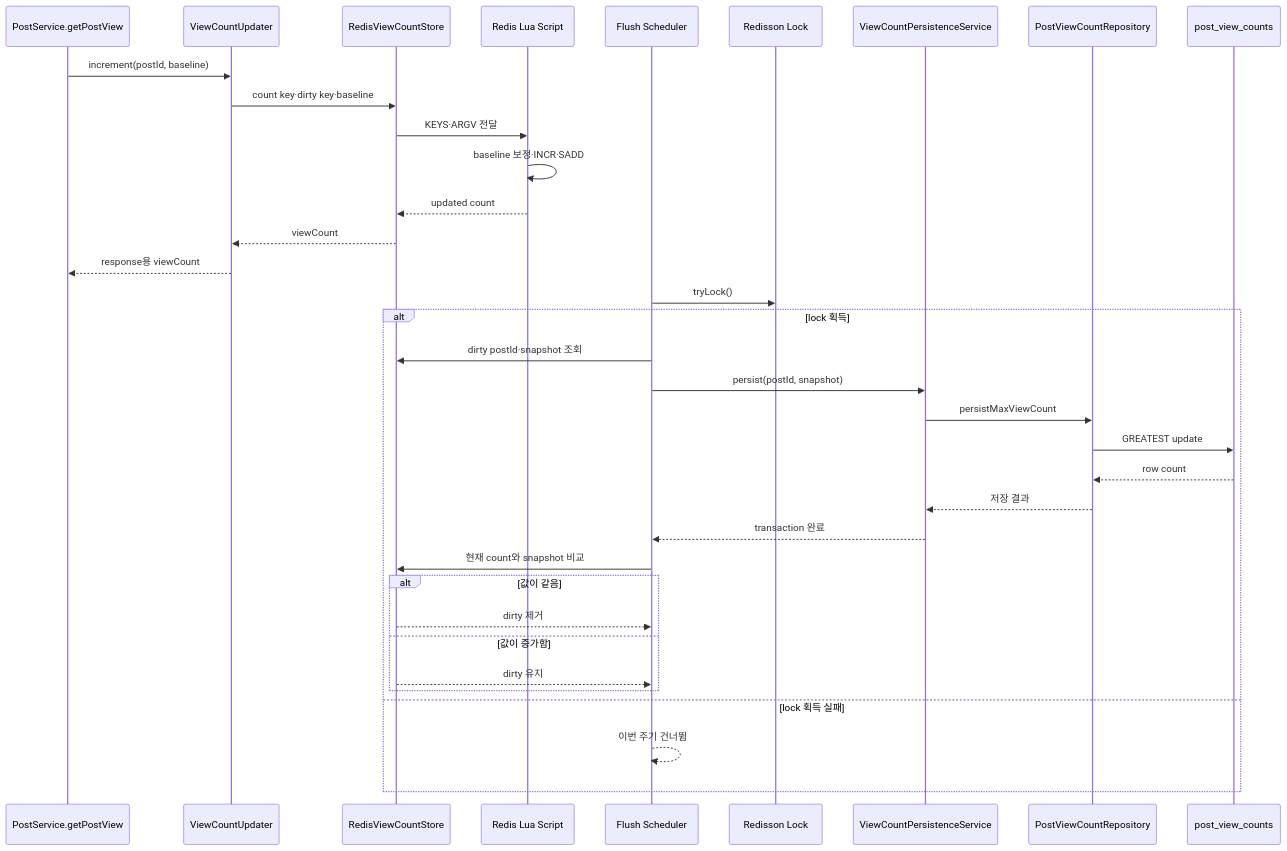
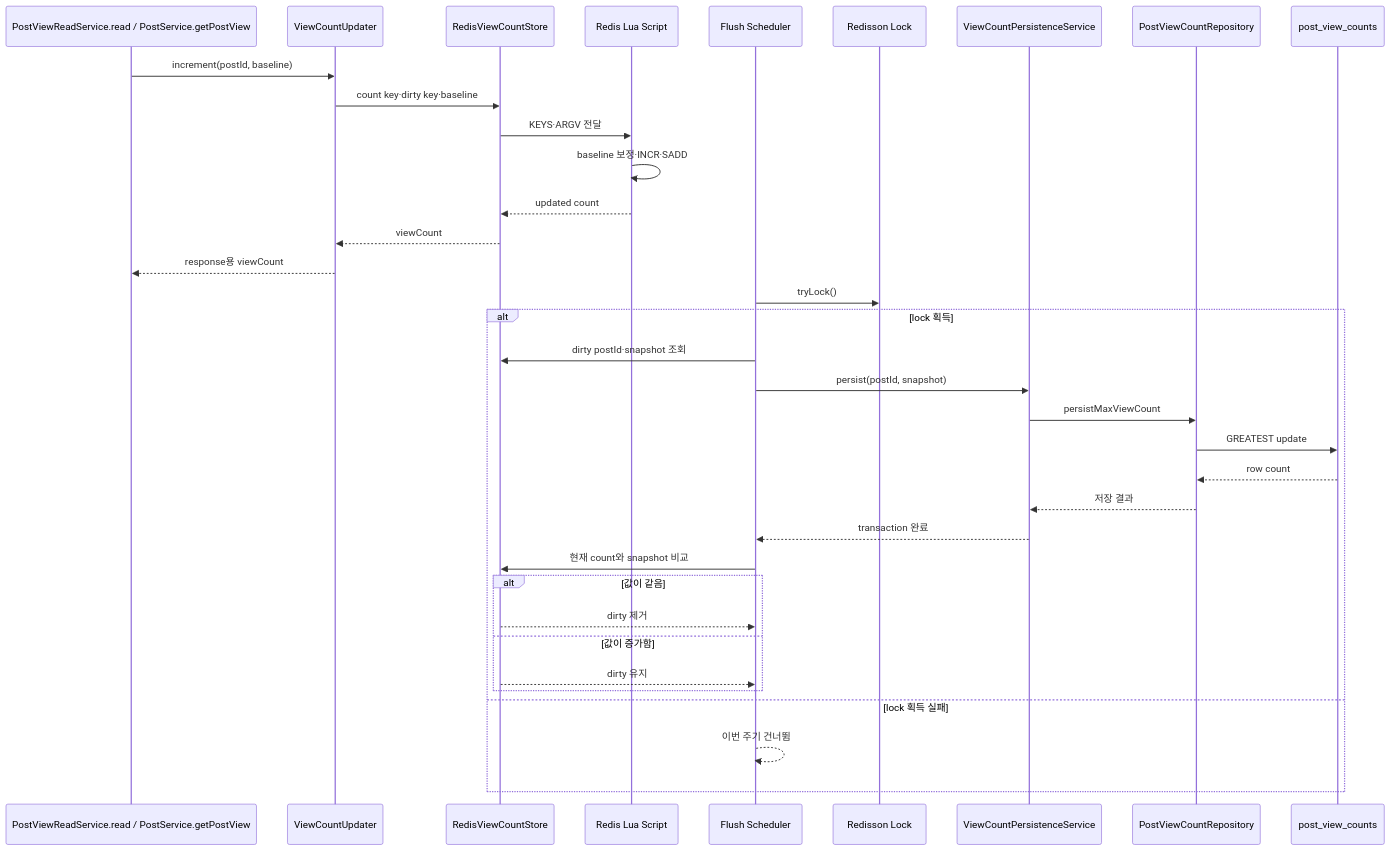
Before and after one commit to smile308/kakao_tech_bootcamp_study: the seventh of 10 diagrams in study12/project-study/actual-code-learning/프로젝트_전체_Sequence_Diagram.md, drawn with Mermaid. The commit also changed 42 other files, not shown here.

````diff
--- a/study12/project-study/actual-code-learning/프로젝트_전체_Sequence_Diagram.md
+++ b/study12/project-study/actual-code-learning/프로젝트_전체_Sequence_Diagram.md
@@ -230,39 +230,39 @@
 ```mermaid
 sequenceDiagram
-    participant Detail as PostService.getPostView
+    participant Detail as PostViewReadService.read / PostService.getPostView
     participant Updater as ViewCountUpdater
     participant Redis as RedisViewCountStore
     participant Lua as Redis Lua Script
     participant Scheduler as Flush Scheduler
     participant Lock as Redisson Lock
     participant Persist as ViewCountPersistenceService
     participant Repo as PostViewCountRepository
     participant DB as post_view_counts
 
     Detail->>Updater: increment(postId, baseline)
     Updater->>Redis: count key·dirty key·baseline
     Redis->>Lua: KEYS·ARGV 전달
     Lua->>Lua: baseline 보정·INCR·SADD
     Lua-->>Redis: updated count
     Redis-->>Updater: viewCount
     Updater-->>Detail: response용 viewCount
 
     Scheduler->>Lock: tryLock()
     alt lock 획득
         Scheduler->>Redis: dirty postId·snapshot 조회
         Scheduler->>Persist: persist(postId, snapshot)
         Persist->>Repo: persistMaxViewCount
         Repo->>DB: GREATEST update
         DB-->>Repo: row count
         Repo-->>Persist: 저장 결과
         Persist-->>Scheduler: transaction 완료
         Scheduler->>Redis: 현재 count와 snapshot 비교
         alt 값이 같음
             Redis-->>Scheduler: dirty 제거
         else 값이 증가함
             Redis-->>Scheduler: dirty 유지
         end
     else lock 획득 실패
         Scheduler-->>Scheduler: 이번 주기 건너뜀
     end
 ```
````
